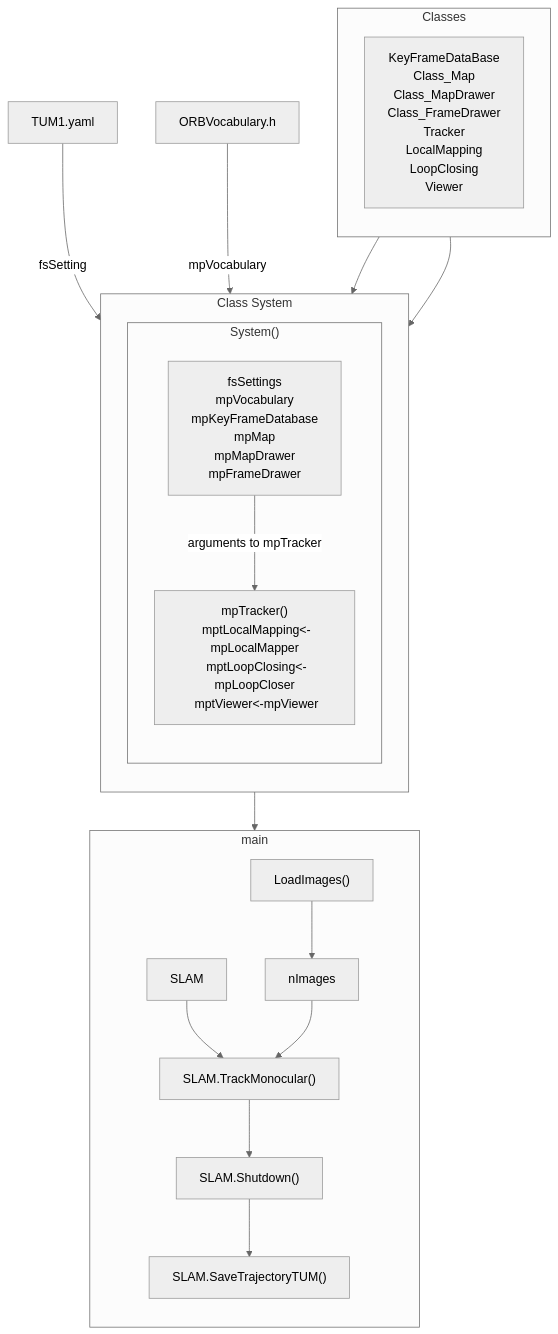
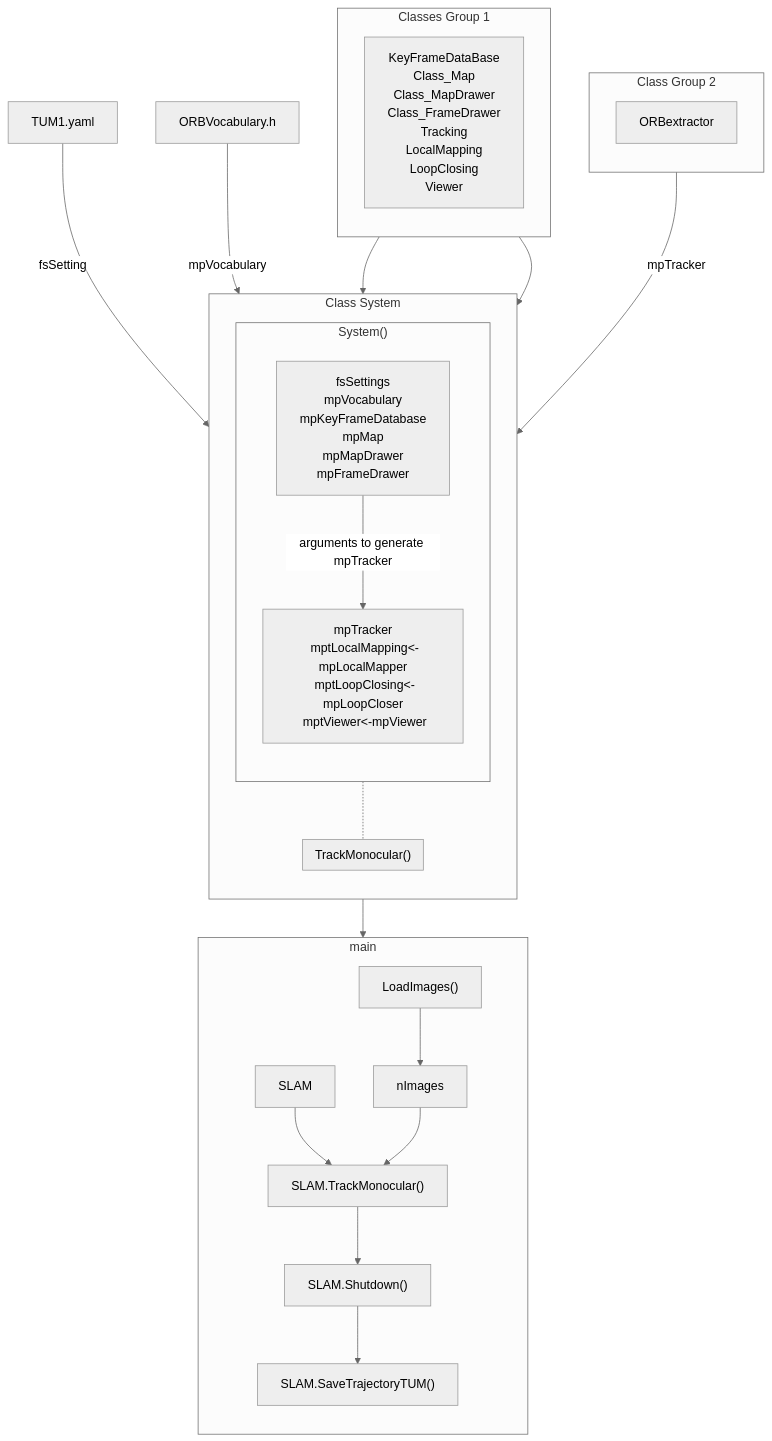
Before and after one commit to epengc/SlamSample: the first of 2 diagrams in book/chapter1/2.1SLAMSYSConstrFun.md, drawn with Mermaid (neutral theme). The commit also changed other lines of this file, not shown here.

Commit message:
update Track() method in Class Tracking

````diff
--- a/book/chapter1/2.1SLAMSYSConstrFun.md
+++ b/book/chapter1/2.1SLAMSYSConstrFun.md
@@ -298,32 +298,43 @@
 ```mermaid
 flowchart TB
     subgraph main
       direction TB
       LoadImages["LoadImages()"]-->nImages
       object["SLAM"]-->objFun1["SLAM.TrackMonocular()"]
       nImages-->objFun1["SLAM.TrackMonocular()"]
       objFun1["SLAM.TrackMonocular()"]-->objFun2["SLAM.Shutdown()"]
       objFun2["SLAM.Shutdown()"]-->objFun3["SLAM.SaveTrajectoryTUM()"]
       
     end
 
-    subgraph Classes["Classes"]
+    subgraph Classes1["Classes Group 1"]
       direction TB
-      classes["KeyFrameDataBase\n Class_Map\n Class_MapDrawer\n Class_FrameDrawer\n Tracker\n LocalMapping\n LoopClosing\n Viewer"]
+      classes["KeyFrameDataBase\n Class_Map\n Class_MapDrawer\n Class_FrameDrawer\n Tracking\n LocalMapping\n LoopClosing\n Viewer"]
     end
 
     Class_System-->object
     TUM1.yaml-->|fsSetting|var
     ORBVocabulary.h-->|mpVocabulary|var
-    Classes-->var
-    Classes-->thread
+    Classes1-->var
+    Classes1-->thread
 
     subgraph Class_System["Class System"]
       direction TB
         subgraph System["System()"]
           direction TB
-            var["fsSettings\n mpVocabulary\n mpKeyFrameDatabase\n mpMap\n mpMapDrawer\n mpFrameDrawer"]-->|arguments to mpTracker|thread["mpTracker()\n mptLocalMapping<-mpLocalMapper\n mptLoopClosing<-mpLoopCloser\n mptViewer<-mpViewer\n "]
+            var["fsSettings\n mpVocabulary\n mpKeyFrameDatabase\n mpMap\n mpMapDrawer\n mpFrameDrawer"]-->|arguments to generate mpTracker|thread["mpTracker\n mptLocalMapping<-mpLocalMapper\n mptLoopClosing<-mpLoopCloser\n mptViewer<-mpViewer\n "]
+        end
+        System-.-TrackMonocular
+        subgraph TrackMonocular["TrackMonocular()"]
         end
     end 
+
+    subgraph Class2["Class Group 2"]
+      direction TB
+      ORBextractor["ORBextractor"]
+    end
+
+    ORBextractor-->|mpTracker|thread
+
     
 ```
````
